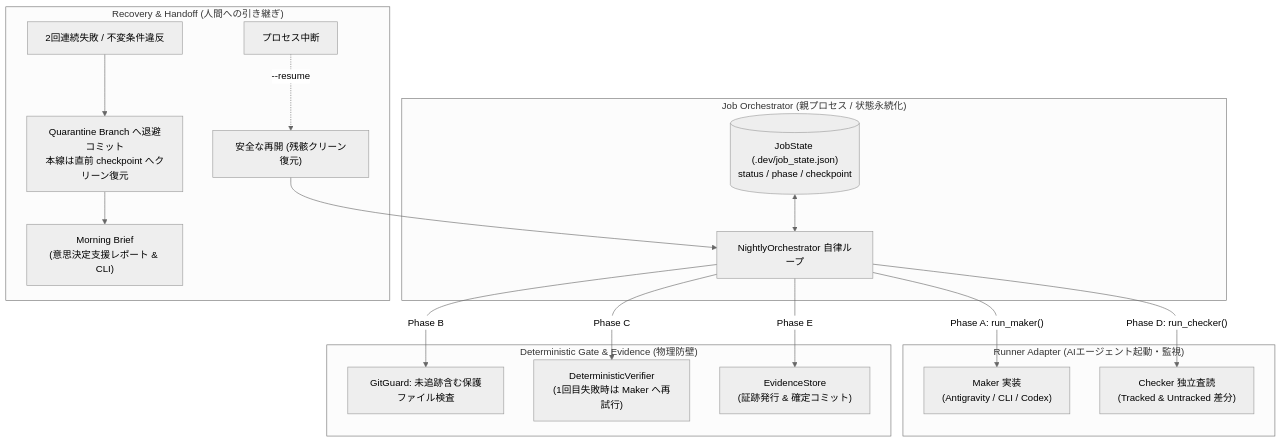
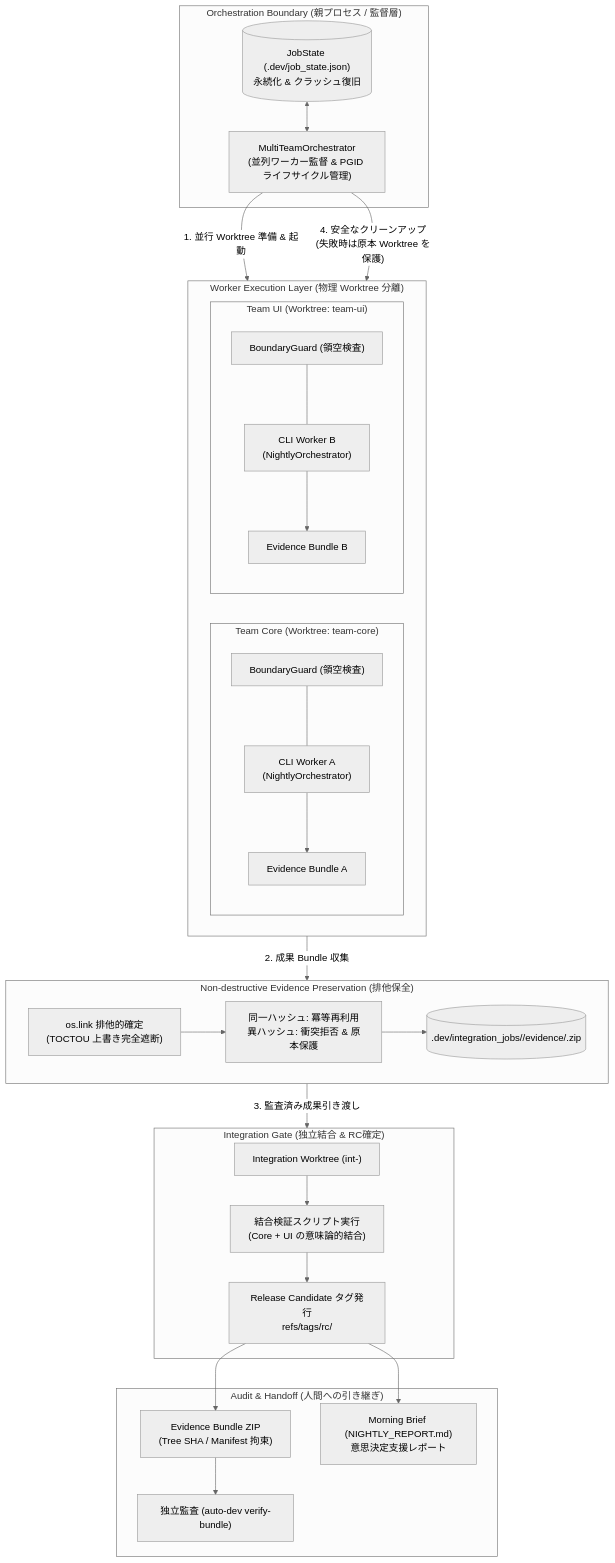
The diagram in README.md (hamatz/auto_developer), drawn with Mermaid (neutral theme) before and after one commit. The commit also changed other lines of this file and 2 other files, not shown here.

Commit message:
feat: 多層防衛アーキテクチャ図 & 設計ドキュメント刷新（RR.1: `docs/designs/autonomous_pipeline_orchestrator.md` と `README.md` の Stage 1〜3 反映） [refs: 1]

````diff
--- a/README.md
+++ b/README.md
@@ -30,26 +30,51 @@
 ```mermaid
 flowchart TD
-    subgraph "Job Orchestrator (親プロセス / 状態永続化)"
-        State[("JobState (.dev/job_state.json)<br/>status / phase / checkpoint")]
-        Loop["NightlyOrchestrator 自律ループ"]
-        State <--> Loop
+    subgraph Host ["Orchestration Boundary (親プロセス / 監督層)"]
+        State[("JobState (.dev/job_state.json)<br/>永続化 & クラッシュ復旧")]
+        MultiOrch["MultiTeamOrchestrator<br/>(並列ワーカー監督 & PGID ライフサイクル管理)"]
+        State <--> MultiOrch
     end
 
-    subgraph "Runner Adapter (AIエージェント起動・監視)"
-        Loop -->|"Phase A: run_maker()"| Maker["Maker 実装<br/>(Antigravity / CLI / Codex)"]
-        Loop -->|"Phase D: run_checker()"| Checker["Checker 独立査読<br/>(Tracked & Untracked 差分)"]
+    subgraph Workers ["Worker Execution Layer (物理 Worktree 分離)"]
+        direction LR
+        subgraph TeamA ["Team Core (Worktree: team-core)"]
+            GuardA["BoundaryGuard (領空検査)"]
+            RunnerA["CLI Worker A<br/>(NightlyOrchestrator)"]
+            BundleA["Evidence Bundle A"]
+            GuardA --- RunnerA --> BundleA
+        end
+        subgraph TeamB ["Team UI (Worktree: team-ui)"]
+            GuardB["BoundaryGuard (領空検査)"]
+            RunnerB["CLI Worker B<br/>(NightlyOrchestrator)"]
+            BundleB["Evidence Bundle B"]
+            GuardB --- RunnerB --> BundleB
+        end
     end
 
-    subgraph "Deterministic Gate & Evidence (物理防壁)"
-        Loop -->|"Phase B"| Guard["GitGuard: 未追跡含む保護ファイル検査"]
-        Loop -->|"Phase C"| Verifier["DeterministicVerifier<br/>(1回目失敗時は Maker へ再試行)"]
-        Loop -->|"Phase E"| Evidence["EvidenceStore<br/>(証跡発行 & 確定コミット)"]
+    subgraph Preservation ["Non-destructive Evidence Preservation (排他保全)"]
+        LinkAtomic["os.link 排他的確定<br/>(TOCTOU 上書き完全遮断)"]
+        Idempotent["同一ハッシュ: 冪等再利用<br/>異ハッシュ: 衝突拒否 & 原本保護"]
+        PermBase[(".dev/integration_jobs/<job_id>/evidence/<team_id>.zip")]
+        LinkAtomic --> Idempotent --> PermBase
     end
 
-    subgraph "Recovery & Handoff (人間への引き継ぎ)"
-        Failure["2回連続失敗 / 不変条件違反"] --> Quarantine["Quarantine Branch へ退避コミット<br/>本線は直前 checkpoint へクリーン復元"]
-        Quarantine --> Brief["Morning Brief<br/>(意思決定支援レポート & CLI)"]
-        Crash["プロセス中断"] -.->|"--resume"| Resume["安全な再開 (残骸クリーン復元)"]
-        Resume --> Loop
+    subgraph Gate ["Integration Gate (独立結合 & RC確定)"]
+        IntWT["Integration Worktree (int-<job_id>)"]
+        GateVerify["結合検証スクリプト実行<br/>(Core + UI の意味論的結合)"]
+        RC["Release Candidate タグ発行<br/>refs/tags/rc/<job_id>"]
+        IntWT --> GateVerify --> RC
     end
+
+    subgraph Delivery ["Audit & Handoff (人間への引き継ぎ)"]
+        BundlePkg["Evidence Bundle ZIP<br/>(Tree SHA / Manifest 拘束)"]
+        Brief["Morning Brief (NIGHTLY_REPORT.md)<br/>意思決定支援レポート"]
+        VerifierTool["独立監査 (auto-dev verify-bundle)"]
+        RC --> BundlePkg --> VerifierTool
+        RC --> Brief
+    end
+
+    MultiOrch -->|"1. 並行 Worktree 準備 & 起動"| Workers
+    Workers -->|"2. 成果 Bundle 収集"| Preservation
+    Preservation -->|"3. 監査済み成果引き渡し"| Gate
+    MultiOrch -->|"4. 安全なクリーンアップ<br/>(失敗時は原本 Worktree を保護)"| Workers
 ```
````
